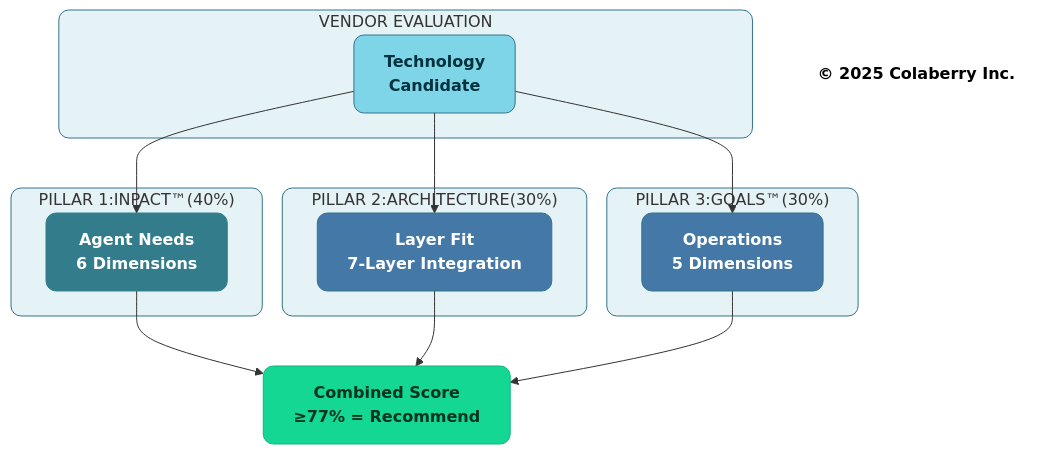
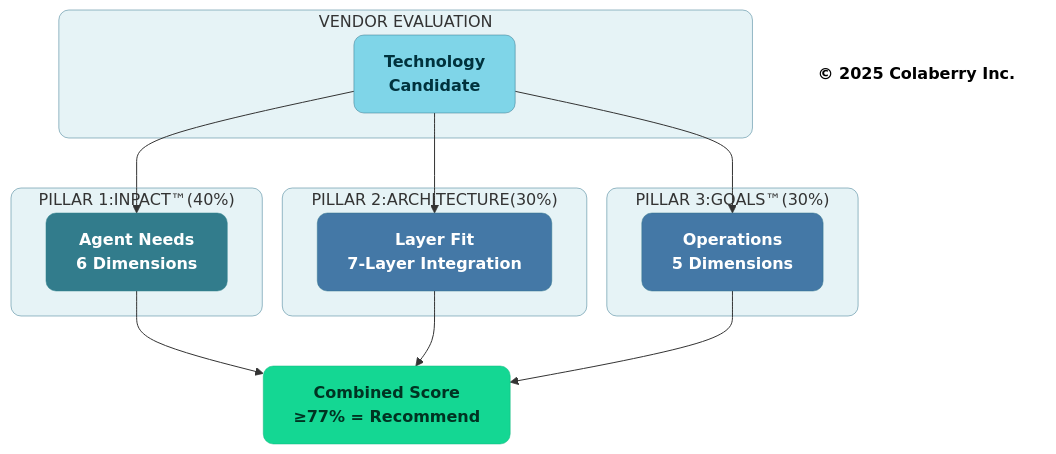
One commit to saitejesh-cyber/trust-before-intelligence-book changed the second of 5 diagrams in manuscript/12_chapter_11_technology_selection_guide_v1_2.md. Above: the diagram before and after it, drawn with Mermaid. The commit also changed other lines of this file and 12 other files, not shown here.

Commit message:
Update stroke width to 0.5px instead of 1px to all the diagrams

````diff
--- a/manuscript/12_chapter_11_technology_selection_guide_v1_2.md
+++ b/manuscript/12_chapter_11_technology_selection_guide_v1_2.md
@@ -87,39 +87,39 @@
 ```mermaid
 graph TD
     subgraph VENDOR["VENDOR EVALUATION"]
         V["<b>Technology<br/>Candidate</b>"]
     end
     
     subgraph PILLAR1["PILLAR 1:INPACT™(40%)"]
         P1["<b>Agent Needs</b><br/><b>6 Dimensions</b>"]
     end
     
     subgraph PILLAR2["PILLAR 2:ARCHITECTURE(30%)"]
         P2["<b>Layer Fit</b><br/><b>7-Layer Integration</b>"]
     end
     
     subgraph PILLAR3["PILLAR 3:GOALS™(30%)"]
         P3["<b>Operations</b><br/><b>5 Dimensions</b>"]
     end
     
     V --> P1
     V --> P2
     V --> P3
     
     P1 --> SCORE["<b>Combined Score</b><br/><b>≥77% = Recommend</b>"]
     P2 --> SCORE
     P3 --> SCORE
     
     Copyright["<b>© 2025 Colaberry Inc.</b>"]
     
-    style VENDOR fill:#E6F3F6,stroke:#32738C,stroke-width:1px,rx:10,ry:10
-    style PILLAR1 fill:#E6F3F6,stroke:#32738C,stroke-width:1px,rx:10,ry:10
-    style PILLAR2 fill:#E6F3F6,stroke:#32738C,stroke-width:1px,rx:10,ry:10
-    style PILLAR3 fill:#E6F3F6,stroke:#32738C,stroke-width:1px,rx:10,ry:10
-    style V fill:#7FD5E8,stroke:#32738C,stroke-width:1px,color:#00323D,rx:10,ry:10
-    style P1 fill:#327C8C,stroke:#30838C,stroke-width:1px,color:#ffffff,rx:10,ry:10
-    style P2 fill:#4478A6,stroke:#32738C,stroke-width:1px,color:#ffffff,rx:10,ry:10
-    style P3 fill:#4478A6,stroke:#32738C,stroke-width:1px,color:#ffffff,rx:10,ry:10
-    style SCORE fill:#14D793,stroke:#0FB67D,stroke-width:1px,color:#003322,rx:10,ry:10
+    style VENDOR fill:#E6F3F6,stroke:#32738C,stroke-width:0.5px,rx:10,ry:10
+    style PILLAR1 fill:#E6F3F6,stroke:#32738C,stroke-width:0.5px,rx:10,ry:10
+    style PILLAR2 fill:#E6F3F6,stroke:#32738C,stroke-width:0.5px,rx:10,ry:10
+    style PILLAR3 fill:#E6F3F6,stroke:#32738C,stroke-width:0.5px,rx:10,ry:10
+    style V fill:#7FD5E8,stroke:#32738C,stroke-width:0.5px,color:#00323D,rx:10,ry:10
+    style P1 fill:#327C8C,stroke:#30838C,stroke-width:0.5px,color:#ffffff,rx:10,ry:10
+    style P2 fill:#4478A6,stroke:#32738C,stroke-width:0.5px,color:#ffffff,rx:10,ry:10
+    style P3 fill:#4478A6,stroke:#32738C,stroke-width:0.5px,color:#ffffff,rx:10,ry:10
+    style SCORE fill:#14D793,stroke:#0FB67D,stroke-width:0.5px,color:#003322,rx:10,ry:10
     style Copyright fill:none,stroke:none,color:#000000
 ```
````
